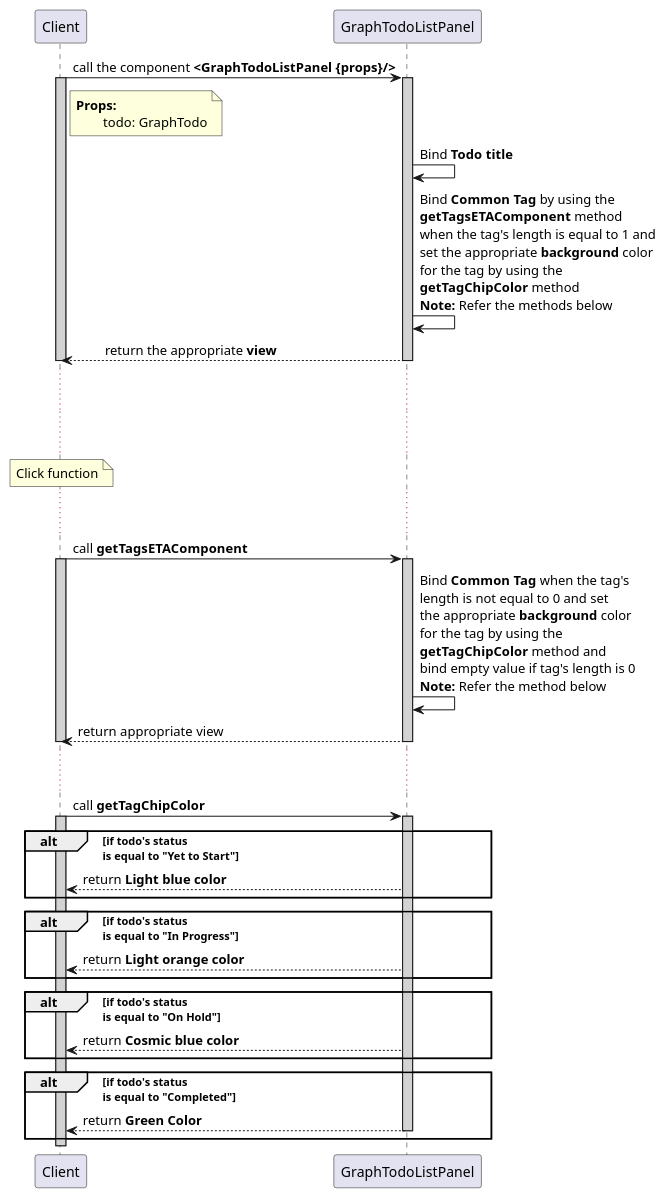
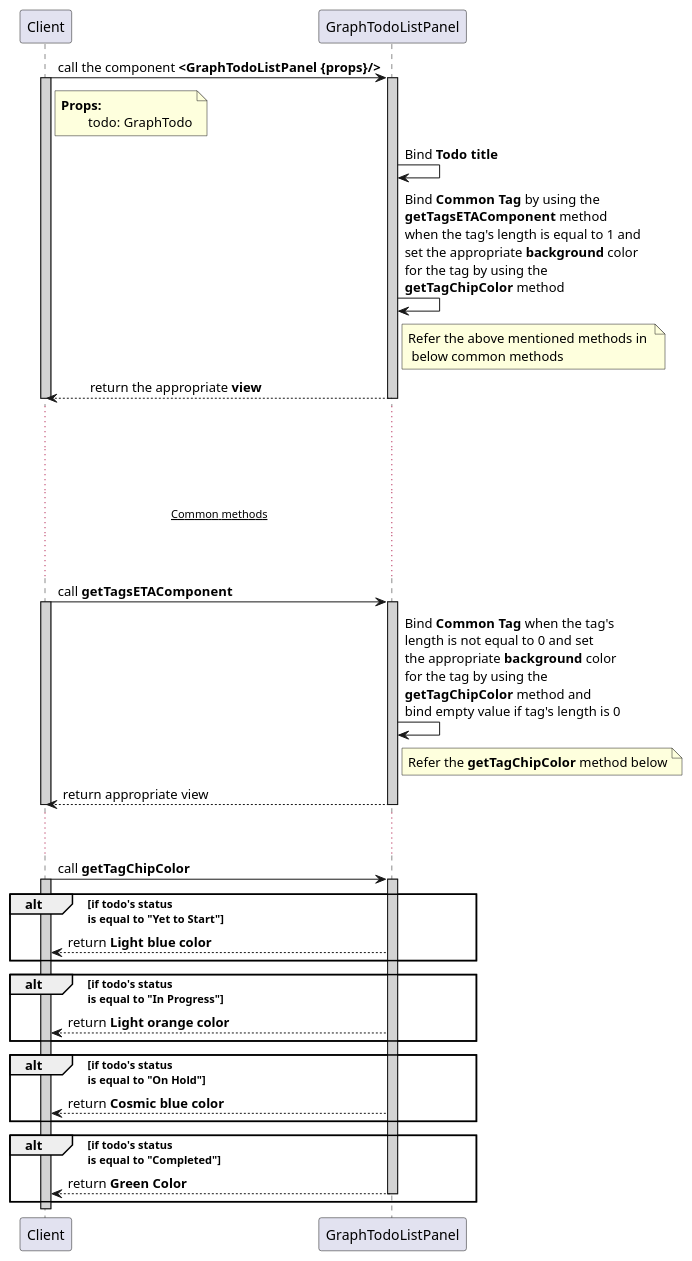
The diagram in frontend/components/graph_todo_list_panel/graph_todo_list_panel.sequence.puml (avasoft-mobility/workday-design), drawn with PlantUML before and after one commit.

Commit message:
notes changes in graph_todo_list sequence diagram

```diff
--- a/frontend/components/graph_todo_list_panel/graph_todo_list_panel.sequence.puml
+++ b/frontend/components/graph_todo_list_panel/graph_todo_list_panel.sequence.puml
@@ -1,56 +1,58 @@
 @startuml GraphTodoListPanel
 participant Client
 participant GraphTodoListPanel
 
 Client -> GraphTodoListPanel : call the component **<GraphTodoListPanel {props}/>**
 activate Client #D3D3D3
 activate GraphTodoListPanel #D3D3D3
 
 note right of Client:**Props:** \n\ttodo: GraphTodo
 
 GraphTodoListPanel -> GraphTodoListPanel : Bind **Todo title**
-GraphTodoListPanel -> GraphTodoListPanel : Bind **Common Tag** by using the\n**getTagsETAComponent** method \nwhen the tag's length is equal to 1 and \nset the appropriate **background** color \nfor the tag by using the \n**getTagChipColor** method \n**Note:** Refer the methods below 
+GraphTodoListPanel -> GraphTodoListPanel : Bind **Common Tag** by using the\n**getTagsETAComponent** method \nwhen the tag's length is equal to 1 and \nset the appropriate **background** color \nfor the tag by using the \n**getTagChipColor** method 
+note right of GraphTodoListPanel : Refer the above mentioned methods in \n below common methods
 
 Client <-- GraphTodoListPanel : \treturn the appropriate **view**
 deactivate GraphTodoListPanel
 deactivate Client
 
 ... ...
 ... ...
-note over Client: Click function
+...~~Common methods~~...
 ... ...
 
 Client -> GraphTodoListPanel: call **getTagsETAComponent**
 activate Client #D3D3D3
 activate GraphTodoListPanel #D3D3D3
 
-GraphTodoListPanel -> GraphTodoListPanel : Bind **Common Tag** when the tag's \nlength is not equal to 0 and set \nthe appropriate **background** color \nfor the tag by using the \n**getTagChipColor** method and \nbind empty value if tag's length is 0 \n**Note:** Refer the method below 
+GraphTodoListPanel -> GraphTodoListPanel : Bind **Common Tag** when the tag's \nlength is not equal to 0 and set \nthe appropriate **background** color \nfor the tag by using the \n**getTagChipColor** method and \nbind empty value if tag's length is 0 
+note right of GraphTodoListPanel : Refer the **getTagChipColor** method below 
 GraphTodoListPanel --> Client: return appropriate view
 deactivate GraphTodoListPanel
 deactivate Client
 ... ...
 
 Client -> GraphTodoListPanel: call **getTagChipColor**
 activate Client #D3D3D3
 activate GraphTodoListPanel #D3D3D3
 
 alt if todo's status \nis equal to "Yet to Start"
     GraphTodoListPanel --> Client : return **Light blue color**
 end
 
 alt if todo's status \nis equal to "In Progress"
     GraphTodoListPanel --> Client : return **Light orange color**
 end
 
 alt if todo's status \nis equal to "On Hold"
     GraphTodoListPanel --> Client : return **Cosmic blue color**
 end
 
 alt if todo's status \nis equal to "Completed"
     GraphTodoListPanel --> Client : return **Green Color**
     deactivate GraphTodoListPanel
 end
 
 deactivate Client
 
 @enduml
```
